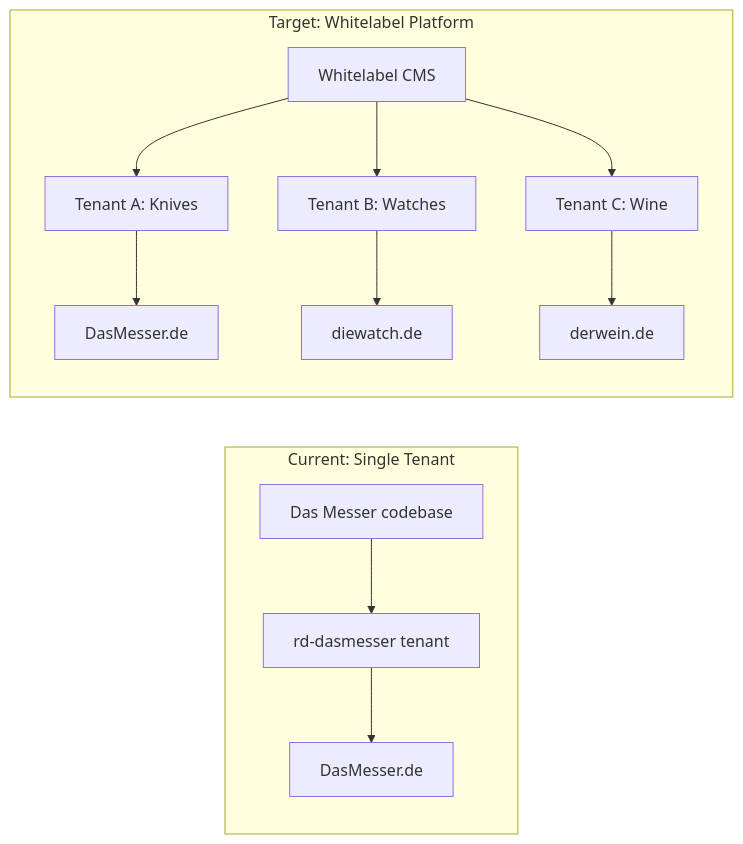
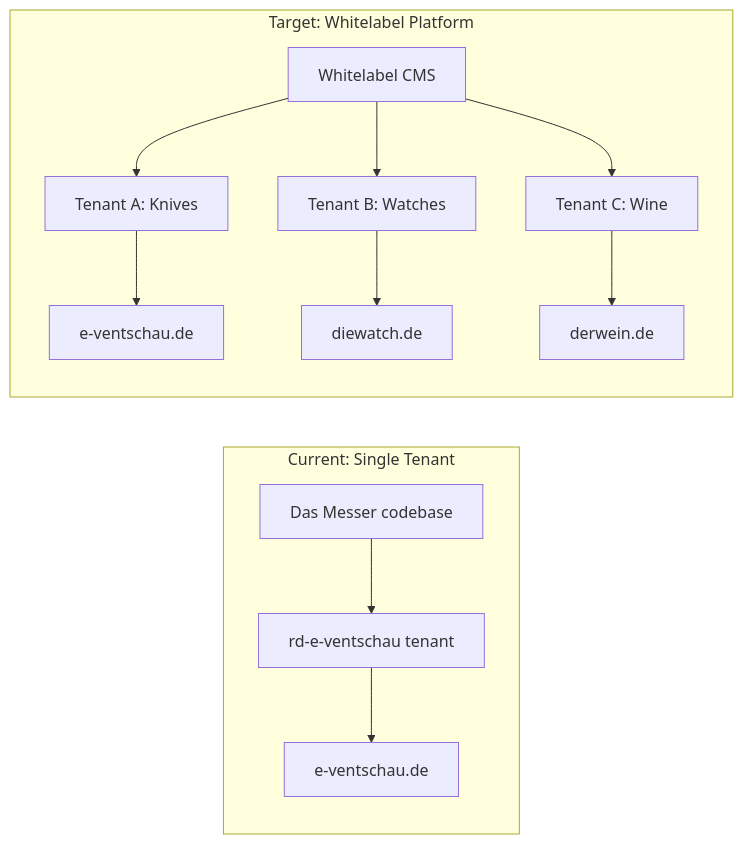
One commit to nyxCore-Systems/minicms changed the first of 7 diagrams in docs/whitelabelrefactor.md. Above: the diagram before and after it, drawn with Mermaid. The commit also changed other lines of this file and 24 other files, not shown here.

First line of the commit message:
chore: strip remaining Das Messer leftovers; restore package-lock

````diff
--- a/docs/whitelabelrefactor.md
+++ b/docs/whitelabelrefactor.md
@@ -11,16 +11,16 @@
 ```mermaid
 graph LR
     subgraph "Current: Single Tenant"
-        A[Das Messer codebase] --> B[rd-dasmesser tenant]
-        B --> C[DasMesser.de]
+        A[Das Messer codebase] --> B[rd-e-ventschau tenant]
+        B --> C[e-ventschau.de]
     end
 
     subgraph "Target: Whitelabel Platform"
         D[Whitelabel CMS] --> E[Tenant A: Knives]
         D --> F[Tenant B: Watches]
         D --> G[Tenant C: Wine]
-        E --> H[DasMesser.de]
+        E --> H[e-ventschau.de]
         F --> I[diewatch.de]
         G --> J[derwein.de]
     end
 ```
````
